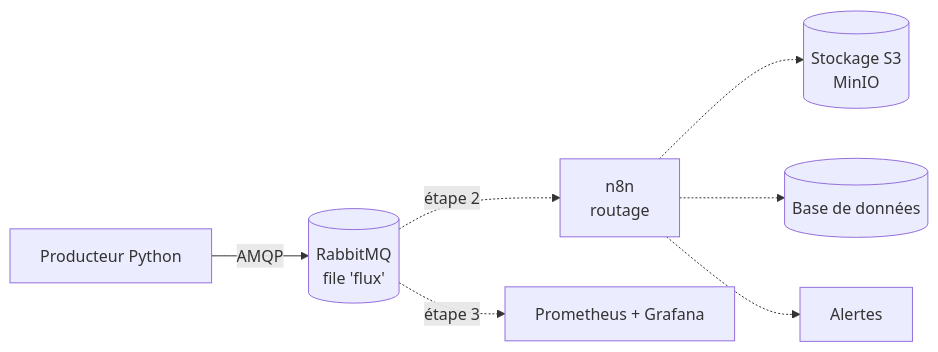
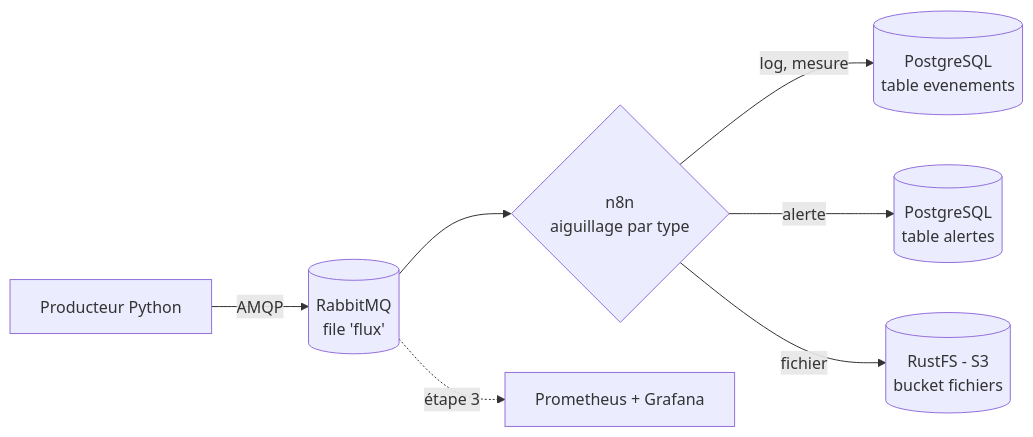
One commit to Dvxy67/dataflow-lab changed the diagram in README.md. Above: the diagram before and after it, drawn with Mermaid. The commit also changed other lines of this file, not shown here.

Commit message:
README : étape 2, observations et incidents

````diff
--- a/README.md
+++ b/README.md
@@ -17,9 +17,9 @@
 ```mermaid
 flowchart LR
     P[Producteur Python] -->|AMQP| R[(RabbitMQ<br/>file 'flux')]
-    R -.->|étape 2| N[n8n<br/>routage]
-    N -.-> S[(Stockage S3<br/>MinIO)]
-    N -.-> D[(Base de données)]
-    N -.-> A[Alertes]
+    R --> N{n8n<br/>aiguillage par type}
+    N -->|log, mesure| E[(PostgreSQL<br/>table evenements)]
+    N -->|alerte| A[(PostgreSQL<br/>table alertes)]
+    N -->|fichier| S[(RustFS - S3<br/>bucket fichiers)]
     R -.->|étape 3| M[Prometheus + Grafana]
 ```
````
